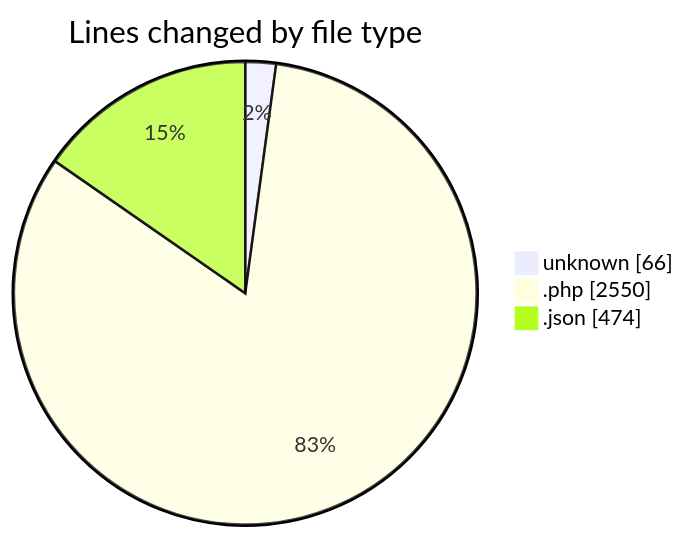
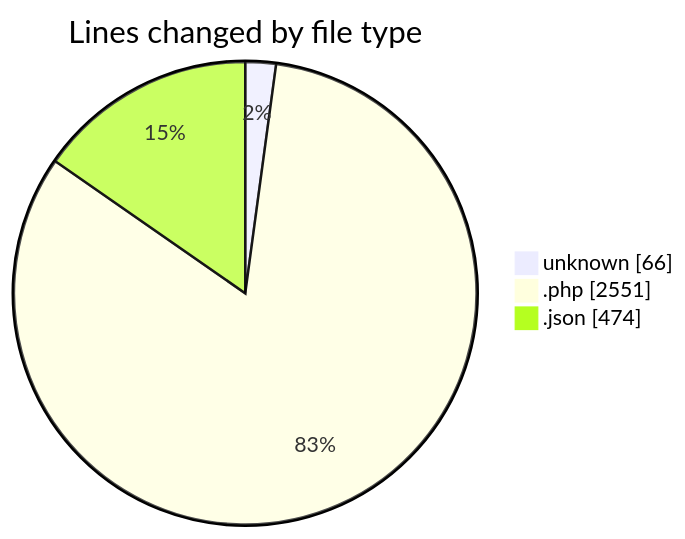
One commit to idhammustaqopulfikri/code-tracking changed the first of 2 diagrams in 2025-05-27/studio-backend/README.md. Above: the diagram before and after it, drawn with Mermaid. The commit also changed other lines of this file and 1 other file, not shown here.

````diff
--- a/2025-05-27/studio-backend/README.md
+++ b/2025-05-27/studio-backend/README.md
@@ -54,7 +54,7 @@
 ```mermaid
 pie showData
 title Lines changed by file type
 "unknown" : 66
-".php" : 2550
+".php" : 2551
 ".json" : 474
 ```
````
